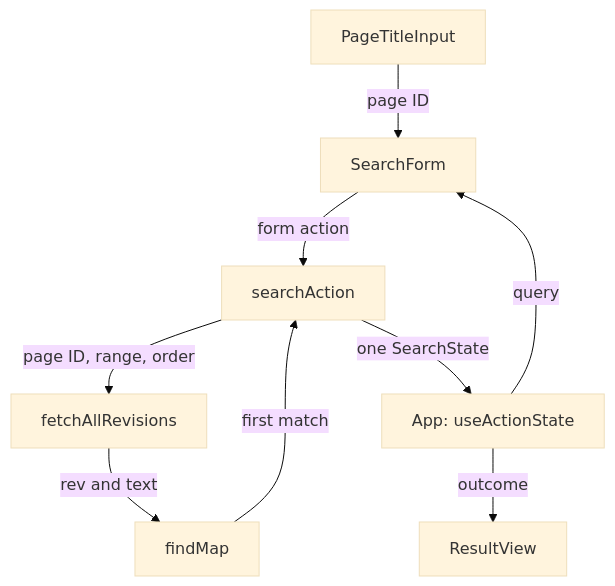
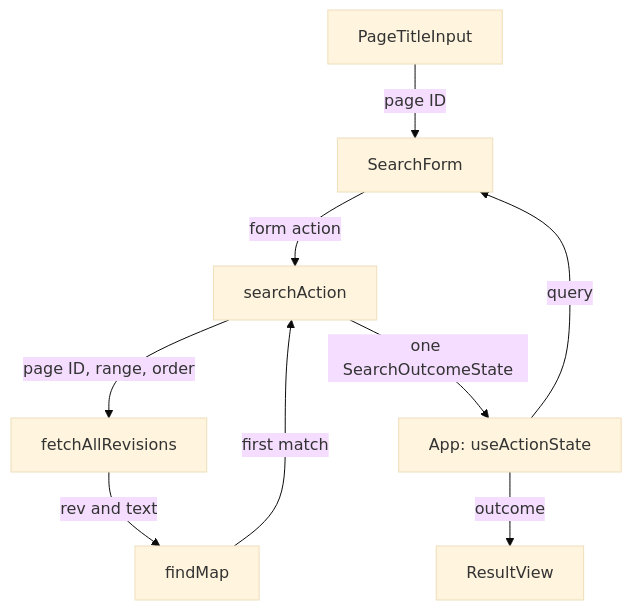
The diagram in docs/architecture-overview.md (Wintus/Wikipedia-Blame), drawn with Mermaid (base theme) before and after one commit. The commit also changed other lines of this file and 2 other files, not shown here.

First line of the commit message:
docs: describe the outcome state model

````diff
--- a/docs/architecture-overview.md
+++ b/docs/architecture-overview.md
@@ -7,11 +7,11 @@
 ```mermaid
 graph TD
 	A[PageTitleInput] -->|page ID| B[SearchForm]
 	B -->|form action| C[searchAction]
 	C -->|page ID, range, order| D[fetchAllRevisions]
 	D -->|rev and text| E[findMap]
 	E -->|first match| C
-	C -->|one SearchState| F[App: useActionState]
+	C -->|one SearchOutcomeState| F[App: useActionState]
 	F -->|query| B
 	F -->|outcome| G[ResultView]
 ```
````
